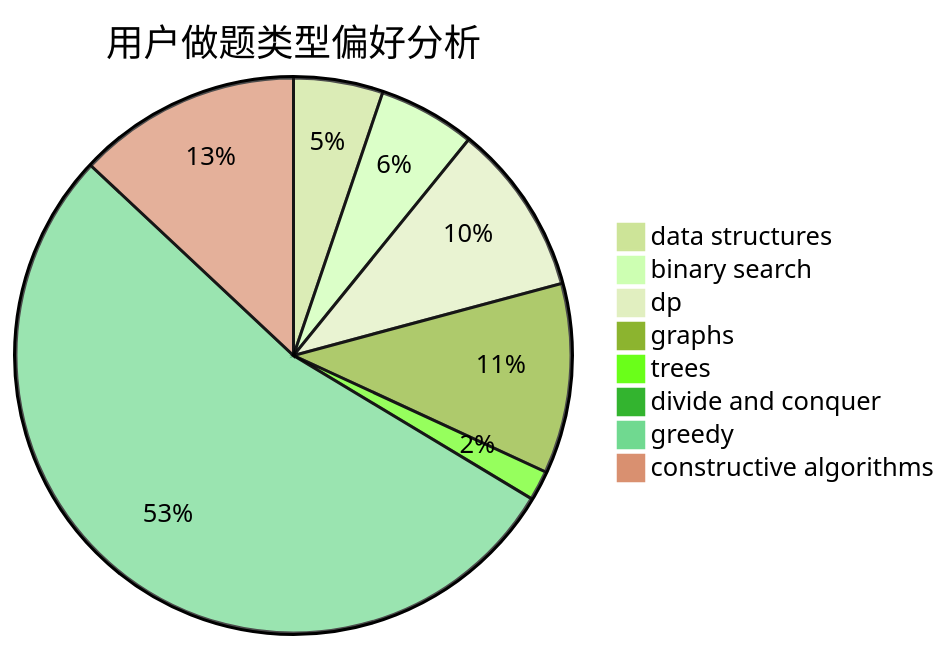
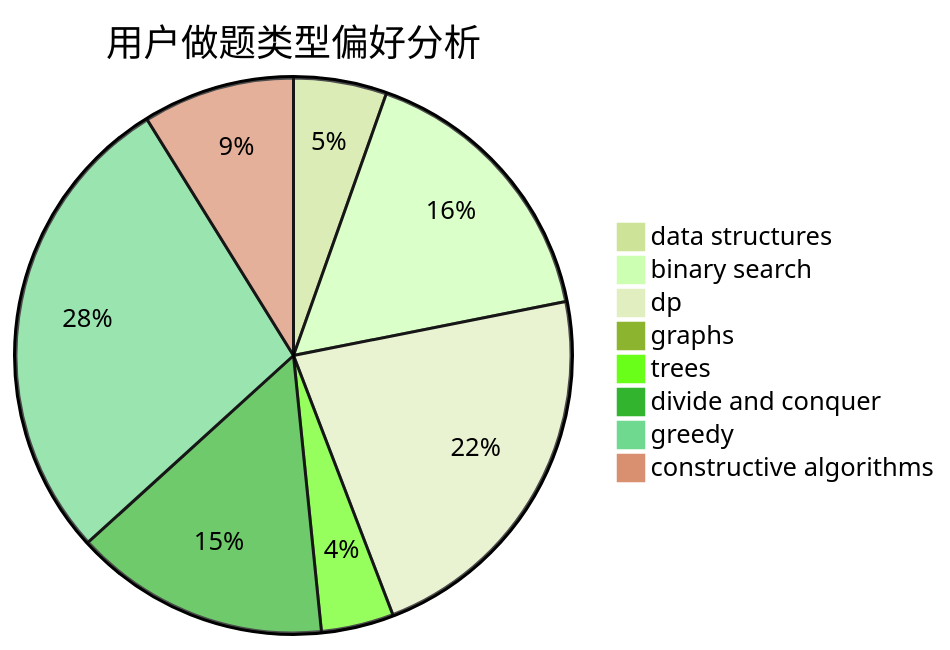
One commit to sherpahu/cfrs.github.io changed the second of 3 diagrams in docs/user/u496.md. Above: the diagram before and after it, drawn with Mermaid (forest theme). The commit also changed other lines of this file and 2770 other files, not shown here.

````diff
--- a/docs/user/u496.md
+++ b/docs/user/u496.md
@@ -23,11 +23,11 @@
 ```mermaid
 pie title 用户做题类型偏好分析
-    "data structures" :  24
-    "binary search" :  26
-    "dp" :  46
-    "graphs" :  51
-    "trees" :  8
-    "divide and conquer" :  1
-    "greedy" :  246
-    "constructive algorithms" :  60
+    "data structures" :  27
+    "binary search" :  82
+    "dp" :  111
+    "graphs" :  4
+    "trees" :  21
+    "divide and conquer" :  74
+    "greedy" :  139
+    "constructive algorithms" :  44
 ```
````
